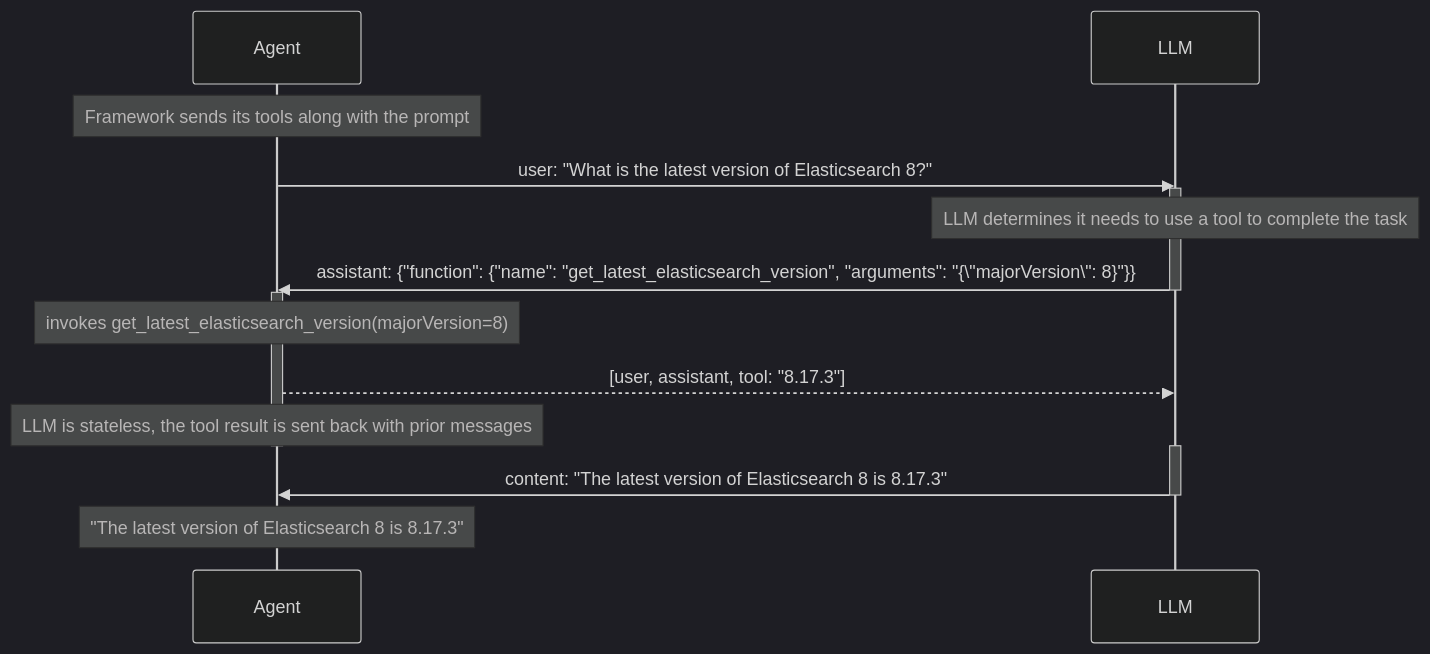
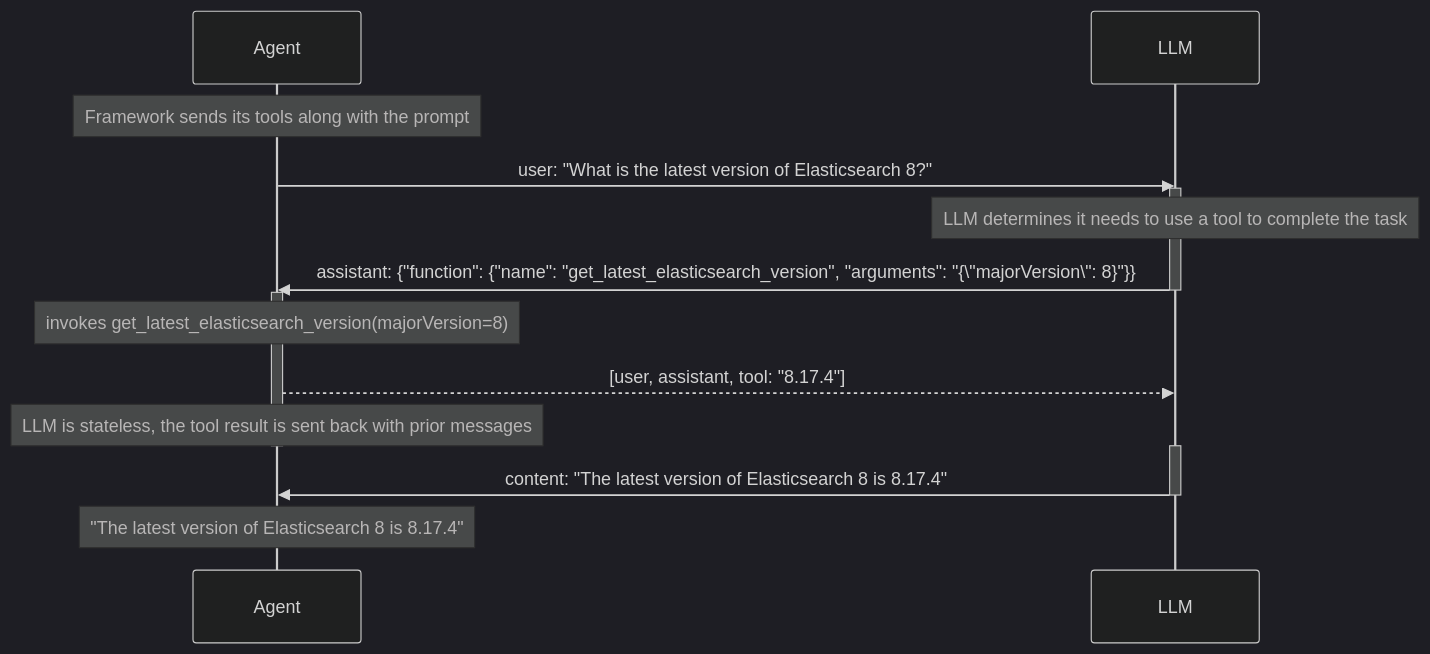
The first of 2 diagrams in genai-function-calling/README.md (elastic/observability-examples), drawn with Mermaid (dark theme) before and after one commit. The commit also changed other lines of this file and 5 other files, not shown here.

````diff
--- a/genai-function-calling/README.md
+++ b/genai-function-calling/README.md
@@ -33,24 +33,24 @@
 ```mermaid
 sequenceDiagram
     participant Agent
     participant LLM
 
     Note over Agent: Framework sends its tools along with the prompt
     Agent ->> LLM: user: "What is the latest version of Elasticsearch 8?"
     activate LLM
     Note over LLM: LLM determines it needs to use a tool to complete the task
 
     LLM ->> Agent: assistant: {"function": {"name": "get_latest_elasticsearch_version", "arguments": "{\"majorVersion\": 8}"}}
     deactivate LLM
     activate Agent
     Note over Agent: invokes get_latest_elasticsearch_version(majorVersion=8)
 
-    Agent -->> LLM: [user, assistant, tool: "8.17.3"]
+    Agent -->> LLM: [user, assistant, tool: "8.17.4"]
     Note over Agent: LLM is stateless, the tool result is sent back with prior messages
     deactivate Agent
     activate LLM
 
-    LLM ->> Agent: content: "The latest version of Elasticsearch 8 is 8.17.3"
+    LLM ->> Agent: content: "The latest version of Elasticsearch 8 is 8.17.4"
     deactivate LLM
-    Note over Agent: "The latest version of Elasticsearch 8 is 8.17.3"
+    Note over Agent: "The latest version of Elasticsearch 8 is 8.17.4"
 ```
````
